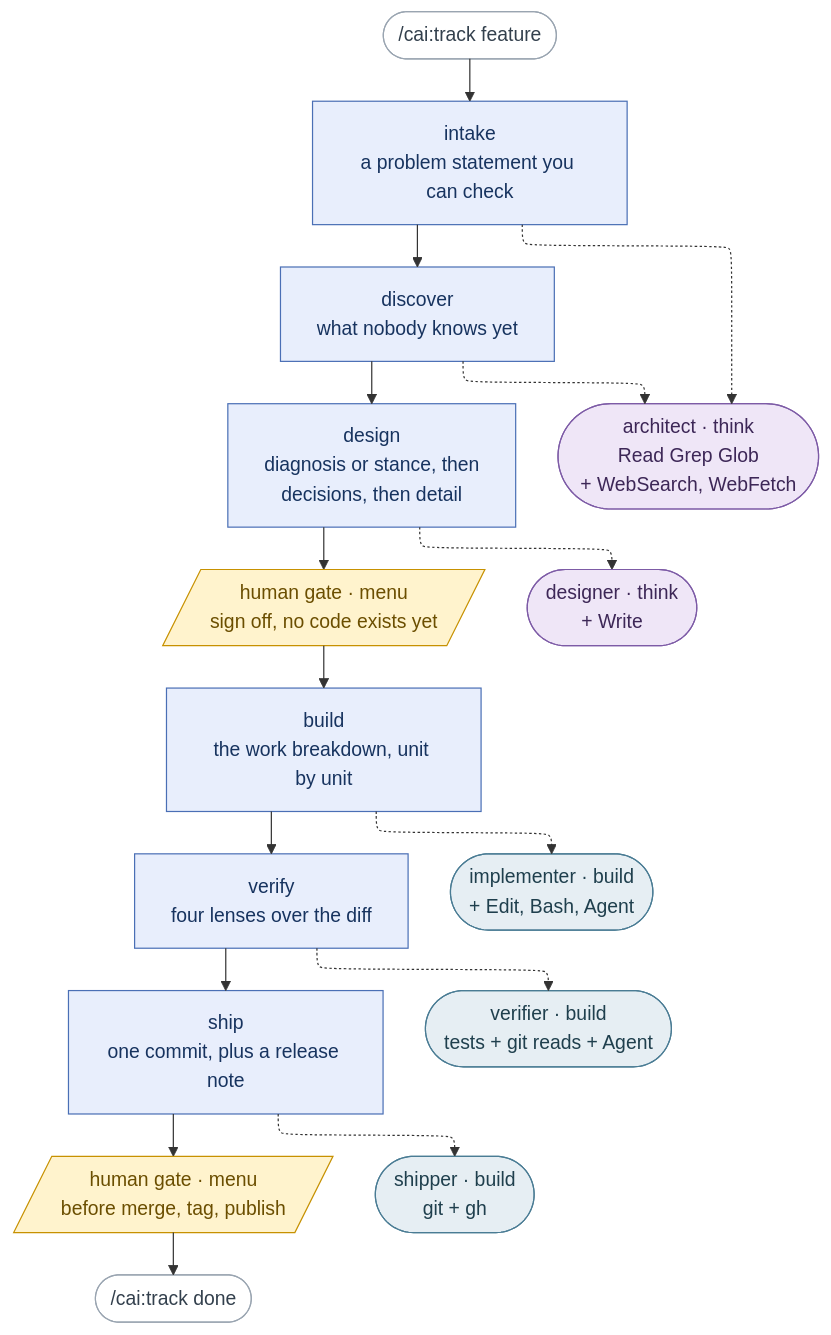
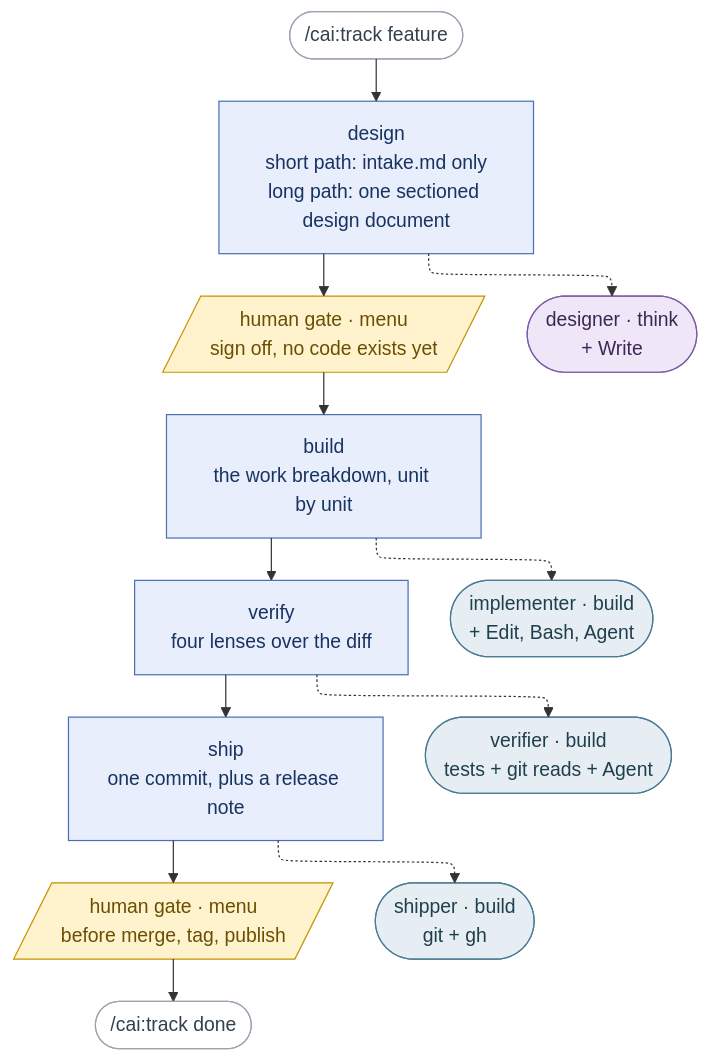
The diagram in README.md (millerlai/claude-all-in-one), drawn with Mermaid before and after one commit. The commit also changed other lines of this file and 146 other files, not shown here.

First line of the commit message:
feat(track): merge intake, discover and design into one design stage (#478)

````diff
--- a/README.md
+++ b/README.md
@@ -42,43 +44,38 @@
 ```mermaid
 ---
 config:
   flowchart:
     defaultRenderer: "elk"
 ---
 flowchart TB
     START(["/cai:track feature"]) --> S1
 
-    S1["intake<br/>a problem statement you can check"] --> S2
-    S2["discover<br/>what nobody knows yet"] --> S3
-    S3["design<br/>diagnosis or stance, then<br/>decisions, then detail"] --> HG1
-    HG1[/"human gate · menu<br/>sign off, no code exists yet"/] --> S4
-    S4["build<br/>the work breakdown, unit by unit"] --> S5
-    S5["verify<br/>four lenses over the diff"] --> S6
-    S6["ship<br/>one commit, plus a release note"] --> HG2
+    S1["design<br/>short path: intake.md only<br/>long path: one sectioned design document"] --> HG1
+    HG1[/"human gate · menu<br/>sign off, no code exists yet"/] --> S2
+    S2["build<br/>the work breakdown, unit by unit"] --> S3
+    S3["verify<br/>four lenses over the diff"] --> S4
+    S4["ship<br/>one commit, plus a release note"] --> HG2
     HG2[/"human gate · menu<br/>before merge, tag, publish"/] --> DONE(["/cai:track done"])
 
-    S1 -.-> AR
-    S2 -.-> AR
-    S3 -.-> DE
-    S4 -.-> IM
-    S5 -.-> VE
-    S6 -.-> SH
+    S1 -.-> DE
+    S2 -.-> IM
+    S3 -.-> VE
+    S4 -.-> SH
 
-    AR(["architect · think<br/>Read Grep Glob<br/>+ WebSearch, WebFetch"])
     DE(["designer · think<br/>+ Write"])
     IM(["implementer · build<br/>+ Edit, Bash, Agent"])
     VE(["verifier · build<br/>tests + git reads + Agent"])
     SH(["shipper · build<br/>git + gh"])
 
     classDef stage fill:#e8eefc,stroke:#4a6fb5,color:#17335f
     classDef human fill:#fff3cd,stroke:#c79100,color:#6b4e00
     classDef think fill:#efe6f7,stroke:#7d5ba6,color:#3d2757
     classDef build fill:#e6eef3,stroke:#4a7c94,color:#1f3f4d
     classDef ends fill:#ffffff,stroke:#9aa5b1,color:#33404d
 
-    class S1,S2,S3,S4,S5,S6 stage
+    class S1,S2,S3,S4 stage
     class HG1,HG2 human
-    class AR,DE think
+    class DE think
     class IM,VE,SH build
     class START,DONE ends
 ```
````
